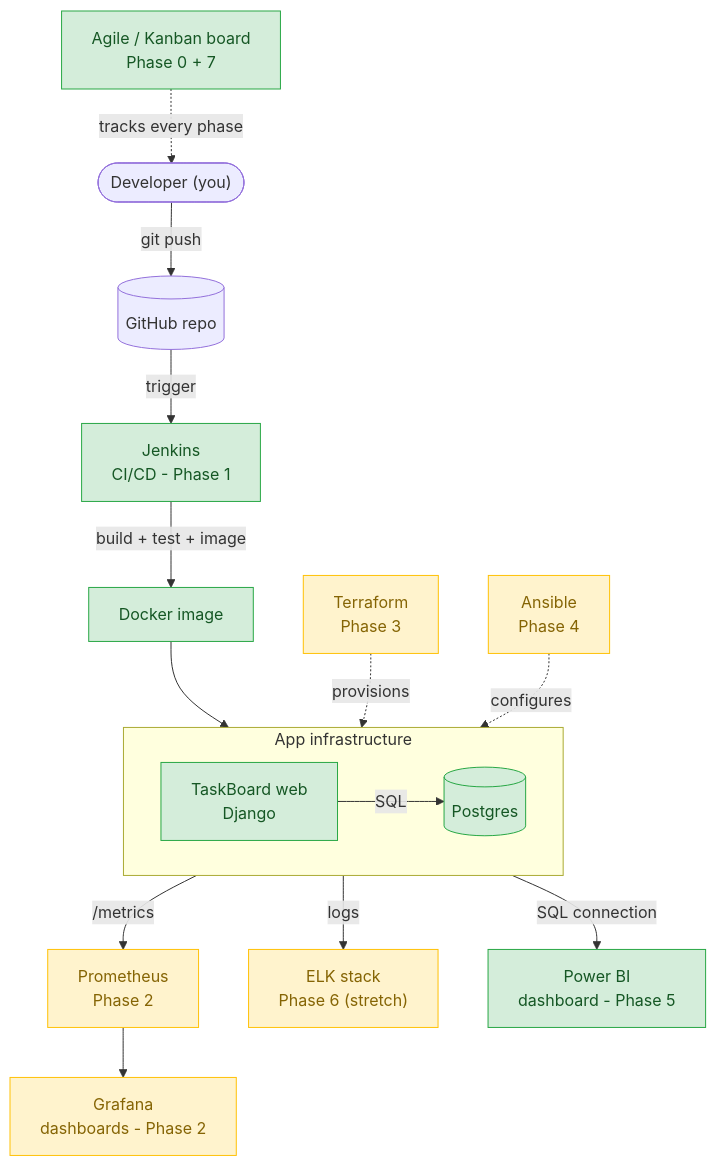
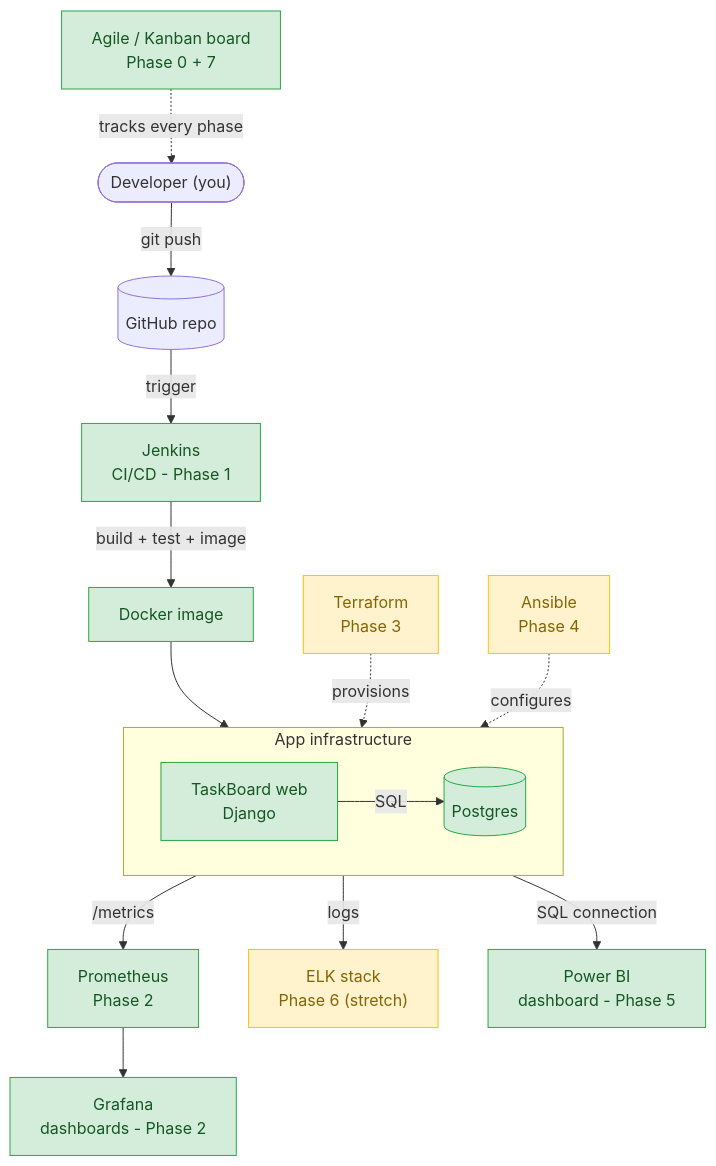
One commit to emmanuel197/devops-analytics-demo changed the diagram in wiki/diagrams/target-architecture.mmd. Above: the diagram before and after it, drawn with Mermaid. The commit also changed 10 other files, not shown here.

Commit message:
Phase 2 + interview prep: monitoring stack, cheat sheet, Agile/Prometheus pages, diagrams

```diff
--- a/wiki/diagrams/target-architecture.mmd
+++ b/wiki/diagrams/target-architecture.mmd
@@ -1,25 +1,25 @@
 flowchart TB
     Dev(["Developer (you)"]) -->|"git push"| GH[("GitHub repo")]
     GH -->|"trigger"| Jenkins["Jenkins<br/>CI/CD - Phase 1"]
     Jenkins -->|"build + test + image"| Img["Docker image"]
 
     subgraph Infra["App infrastructure"]
         direction LR
         Web["TaskBoard web<br/>Django"] -->|"SQL"| DB[("Postgres")]
     end
 
     Img --> Web
     TF["Terraform<br/>Phase 3"] -.->|"provisions"| Infra
     Ans["Ansible<br/>Phase 4"] -.->|"configures"| Infra
 
     Web -->|"/metrics"| Prom["Prometheus<br/>Phase 2"]
     Prom --> Graf["Grafana<br/>dashboards - Phase 2"]
     Web -->|"logs"| ELK["ELK stack<br/>Phase 6 (stretch)"]
     DB -->|"SQL connection"| PBI["Power BI<br/>dashboard - Phase 5"]
 
     Kanban["Agile / Kanban board<br/>Phase 0 + 7"] -.->|"tracks every phase"| Dev
 
     classDef done fill:#d4edda,stroke:#28a745,color:#155724;
     classDef todo fill:#fff3cd,stroke:#ffc107,color:#856404;
-    class Web,DB,Jenkins,Img,Kanban,PBI done;
-    class TF,Ans,Prom,Graf,ELK todo;
+    class Web,DB,Jenkins,Img,Kanban,PBI,Prom,Graf done;
+    class TF,Ans,ELK todo;
```
